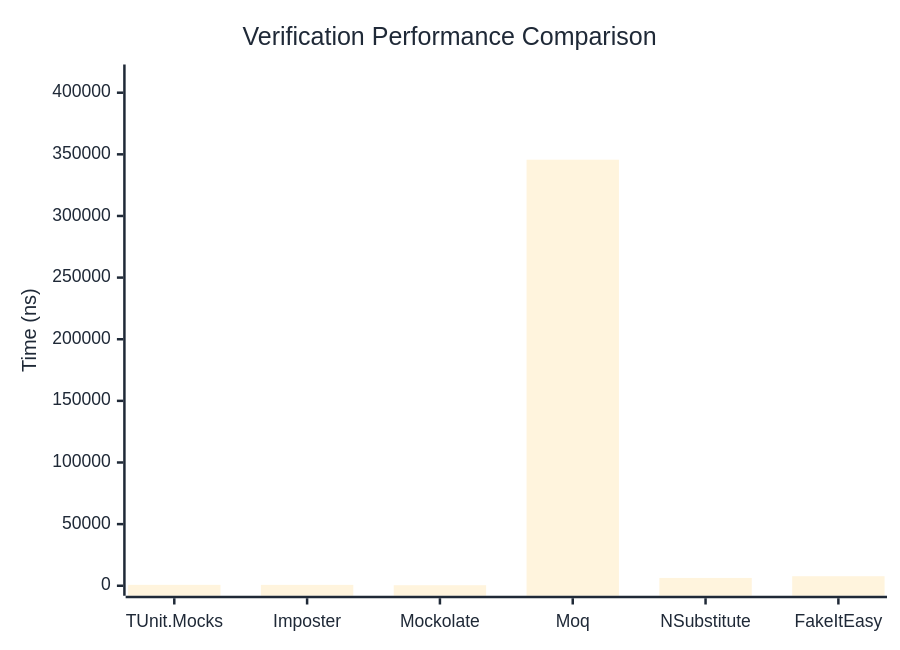
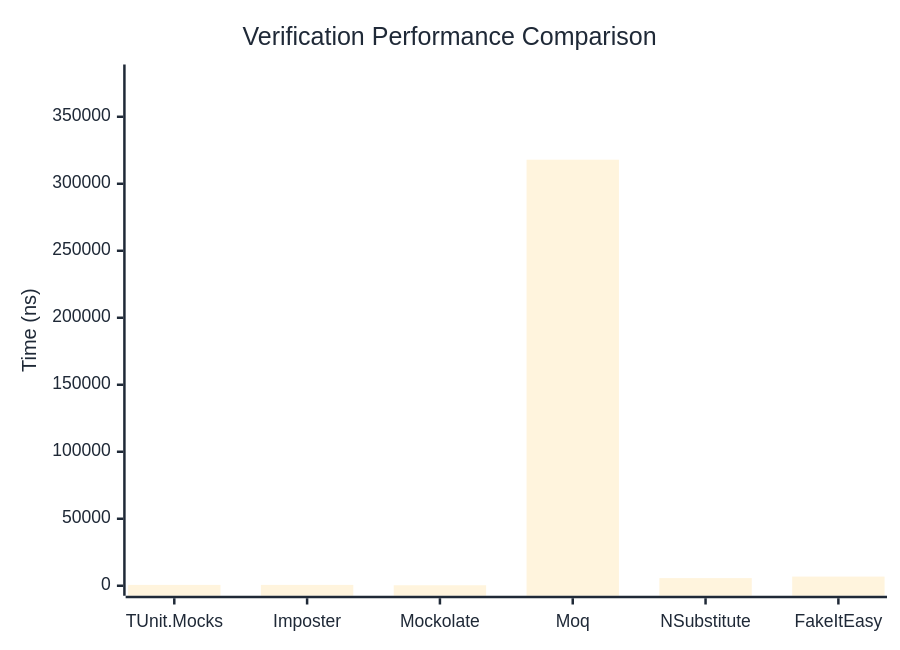
One commit to thomhurst/TUnit changed the first of 3 diagrams in docs/docs/benchmarks/mocks/Verification.md. Above: the diagram before and after it, drawn with Mermaid. The commit also changed other lines of this file and 14 other files, not shown here.

````diff
--- a/docs/docs/benchmarks/mocks/Verification.md
+++ b/docs/docs/benchmarks/mocks/Verification.md
@@ -30,27 +30,27 @@
 ```mermaid
 %%{init: {
   'theme':'base',
   'themeVariables': {
     'primaryColor': '#2563eb',
     'primaryTextColor': '#1f2937',
     'primaryBorderColor': '#1e40af',
     'lineColor': '#6b7280',
     'secondaryColor': '#7c3aed',
     'tertiaryColor': '#dc2626',
     'background': '#ffffff',
     'pie1': '#2563eb',
     'pie2': '#7c3aed',
     'pie3': '#dc2626',
     'pie4': '#f59e0b',
     'pie5': '#10b981',
     'pie6': '#06b6d4',
     'pie7': '#ec4899',
     'pie8': '#6366f1'
   }
 }}%%
 xychart-beta
   title "Verification Performance Comparison"
   x-axis ["TUnit.Mocks", "Imposter", "Mockolate", "Moq", "NSubstitute", "FakeItEasy"]
-  y-axis "Time (ns)" 0 --> 414772
-  bar [726.43, 709.66, 437.19, 345643.09, 6337.24, 7729.3]
+  y-axis "Time (ns)" 0 --> 381553
+  bar [635.78, 626.37, 368.76, 317960.35, 5713.78, 6844.92]
 ```
````
